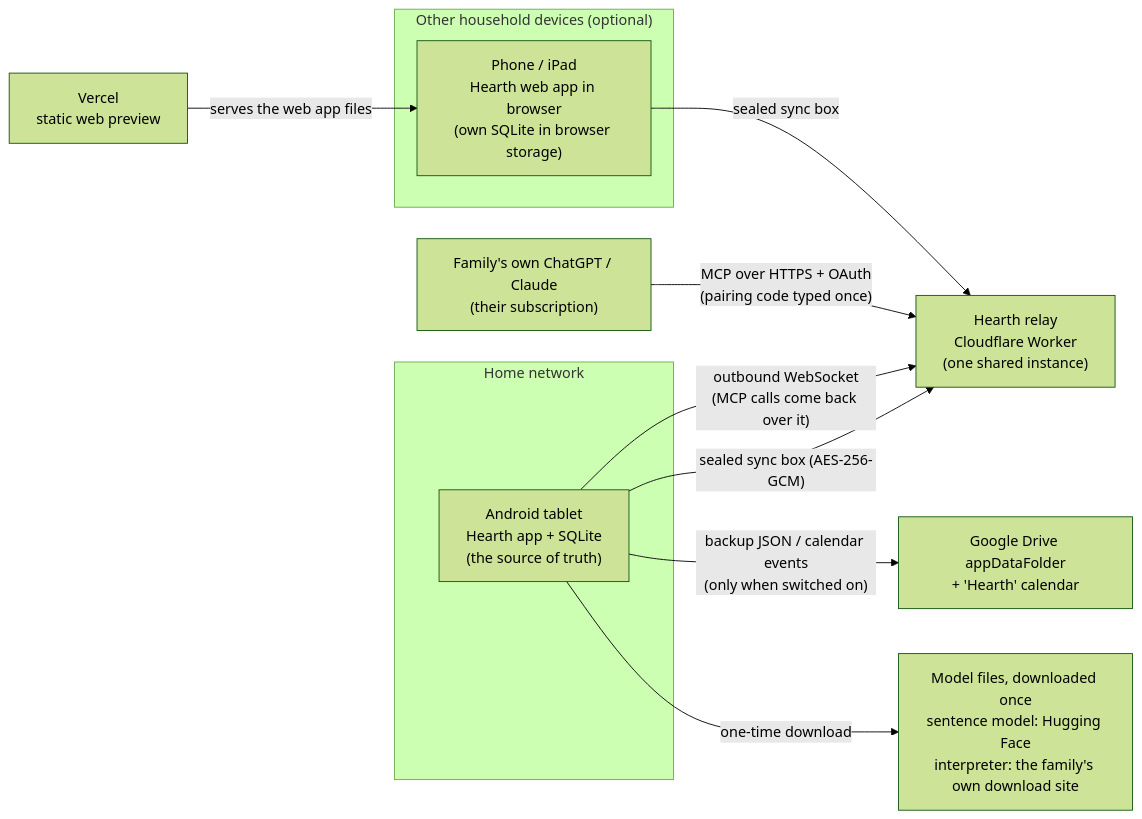
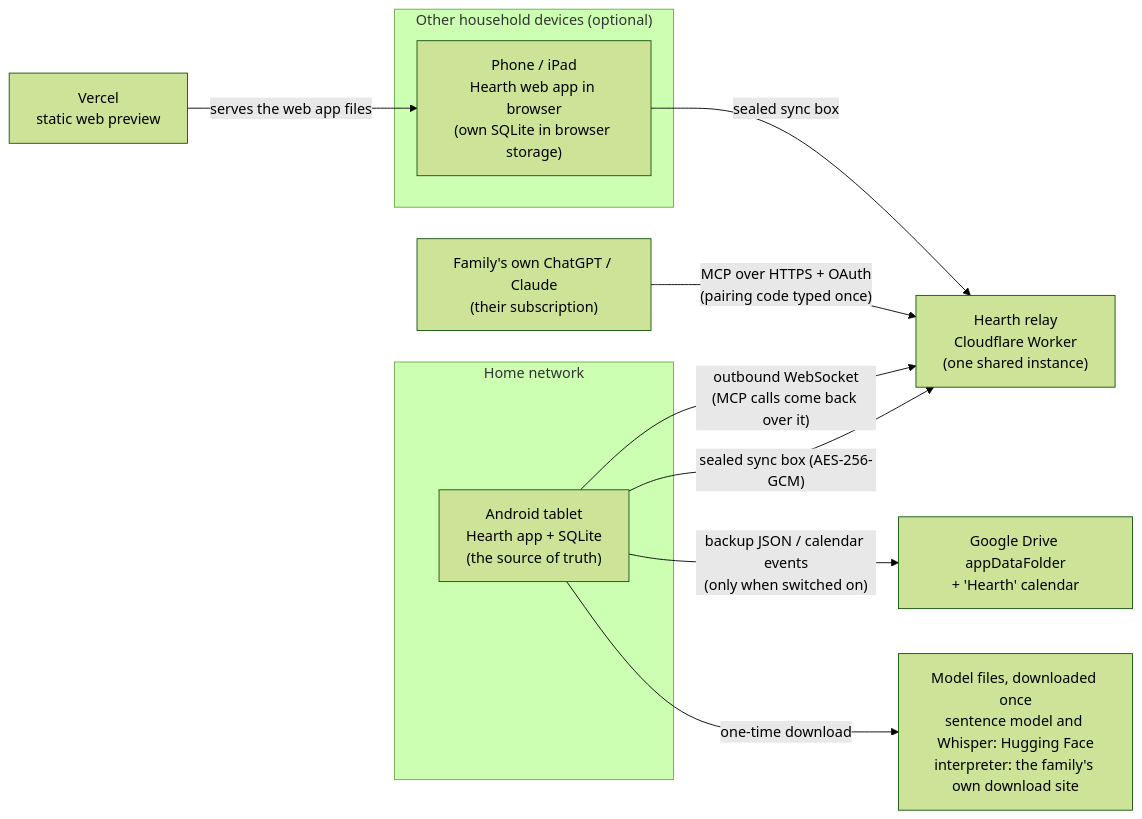
Before and after one commit to luka-psa/CSOD-API-openAI2.0: the first of 7 diagrams in docs/ARCHITECTURE.md, drawn with Mermaid (forest theme). The commit also changed other lines of this file and 34 other files, not shown here.

````diff
--- a/docs/ARCHITECTURE.md
+++ b/docs/ARCHITECTURE.md
@@ -19,22 +19,22 @@
 ```mermaid
 flowchart LR
     subgraph Home["Home network"]
         T["Android tablet<br/>Hearth app + SQLite<br/>(the source of truth)"]
     end
     subgraph Others["Other household devices (optional)"]
         P["Phone / iPad<br/>Hearth web app in browser<br/>(own SQLite in browser storage)"]
     end
     R["Hearth relay<br/>Cloudflare Worker<br/>(one shared instance)"]
     AI["Family's own ChatGPT / Claude<br/>(their subscription)"]
     G["Google Drive appDataFolder<br/>+ 'Hearth' calendar"]
-    HF["Model files, downloaded once<br/>sentence model: Hugging Face<br/>interpreter: the family's own download site"]
+    HF["Model files, downloaded once<br/>sentence model and Whisper: Hugging Face<br/>interpreter: the family's own download site"]
     V["Vercel<br/>static web preview"]
 
     T -- "outbound WebSocket<br/>(MCP calls come back over it)" --> R
     AI -- "MCP over HTTPS + OAuth<br/>(pairing code typed once)" --> R
     T -- "sealed sync box (AES-256-GCM)" --> R
     P -- "sealed sync box" --> R
     T -- "backup JSON / calendar events<br/>(only when switched on)" --> G
     T -- "one-time download" --> HF
     V -- "serves the web app files" --> P
 ```
````
